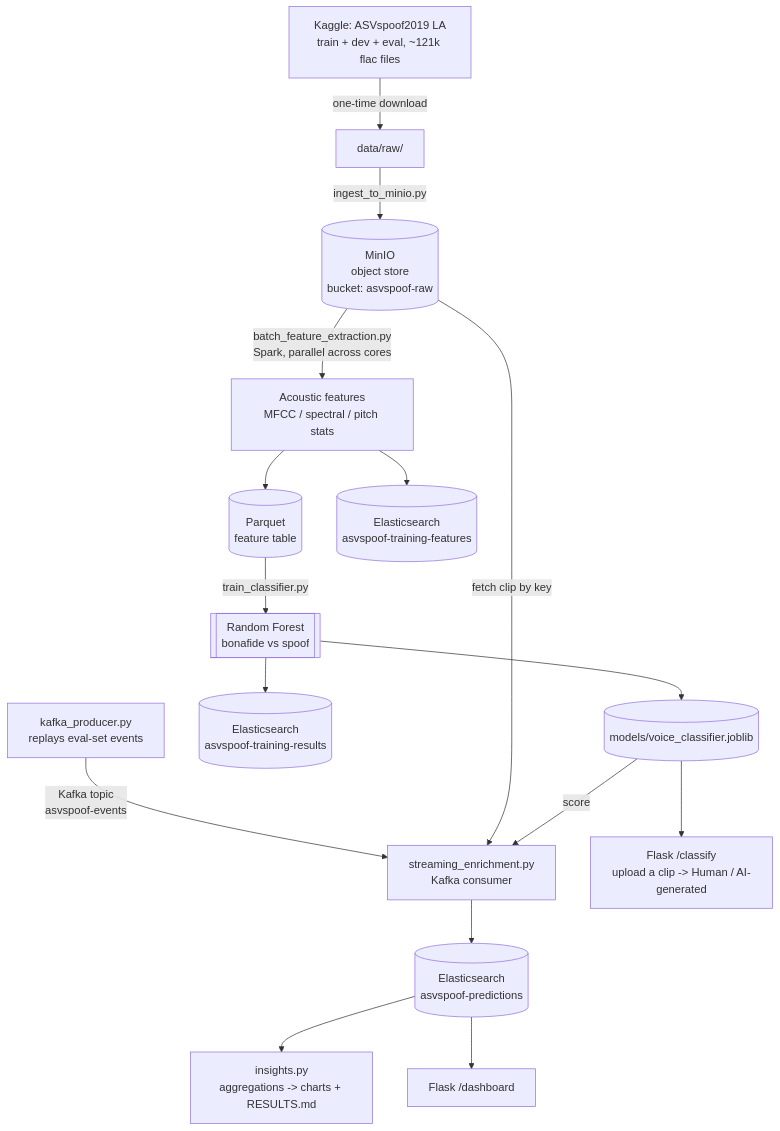
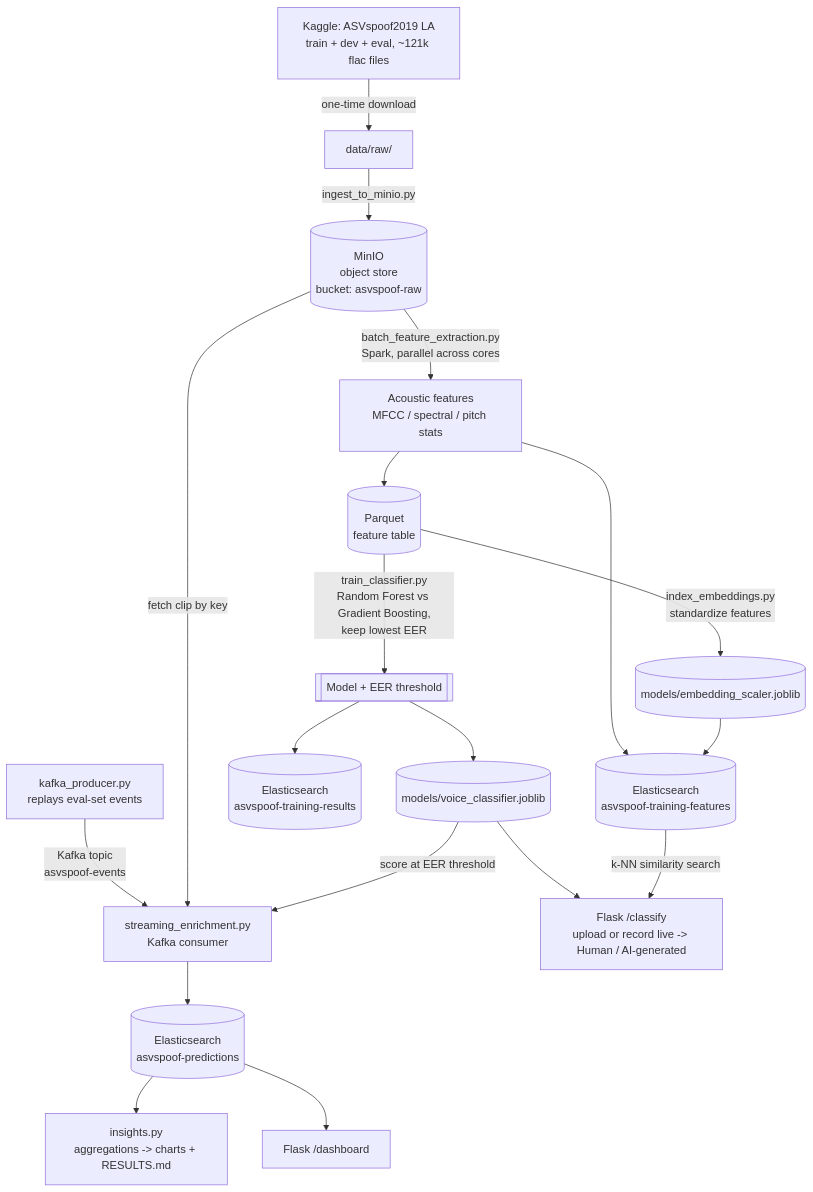
Before and after one commit to HadarBaum/asvspoof-voice-ai: the diagram in docs/DESIGN.md, drawn with Mermaid. The commit also changed other lines of this file and 19 other files, not shown here.

First line of the commit message:
Enrich AI capability: threshold fix, model comparison, embeddings, live-recording demo

````diff
--- a/docs/DESIGN.md
+++ b/docs/DESIGN.md
@@ -9,22 +9,26 @@
 ```mermaid
 flowchart TD
     K[Kaggle: ASVspoof2019 LA<br/>train + dev + eval, ~121k flac files] -->|one-time download| RAW[data/raw/]
     RAW -->|ingest_to_minio.py| MINIO[(MinIO<br/>object store<br/>bucket: asvspoof-raw)]
 
     MINIO -->|batch_feature_extraction.py<br/>Spark, parallel across cores| FEAT[Acoustic features<br/>MFCC / spectral / pitch stats]
     FEAT --> PARQUET[(Parquet<br/>feature table)]
     FEAT --> ESTF[(Elasticsearch<br/>asvspoof-training-features)]
 
-    PARQUET -->|train_classifier.py| MODEL[[Random Forest<br/>bonafide vs spoof]]
+    PARQUET -->|train_classifier.py<br/>Random Forest vs Gradient Boosting,<br/>keep lowest EER| MODEL[[Model + EER threshold]]
     MODEL --> MODELFILE[(models/voice_classifier.joblib)]
     MODEL --> ESTR[(Elasticsearch<br/>asvspoof-training-results)]
 
+    PARQUET -->|index_embeddings.py<br/>standardize features| SCALER[(models/embedding_scaler.joblib)]
+    SCALER --> ESTF
+
     PROD[kafka_producer.py<br/>replays eval-set events] -->|Kafka topic<br/>asvspoof-events| CONS[streaming_enrichment.py<br/>Kafka consumer]
     MINIO -->|fetch clip by key| CONS
-    MODELFILE -->|score| CONS
+    MODELFILE -->|score at EER threshold| CONS
     CONS --> ESPRED[(Elasticsearch<br/>asvspoof-predictions)]
 
     ESPRED --> INSIGHTS[insights.py<br/>aggregations -> charts + RESULTS.md]
     ESPRED --> DASH[Flask /dashboard]
-    MODELFILE --> CLASSIFY[Flask /classify<br/>upload a clip -> Human / AI-generated]
+    MODELFILE --> CLASSIFY[Flask /classify<br/>upload or record live -> Human / AI-generated]
+    ESTF -->|k-NN similarity search| CLASSIFY
 ```
````
